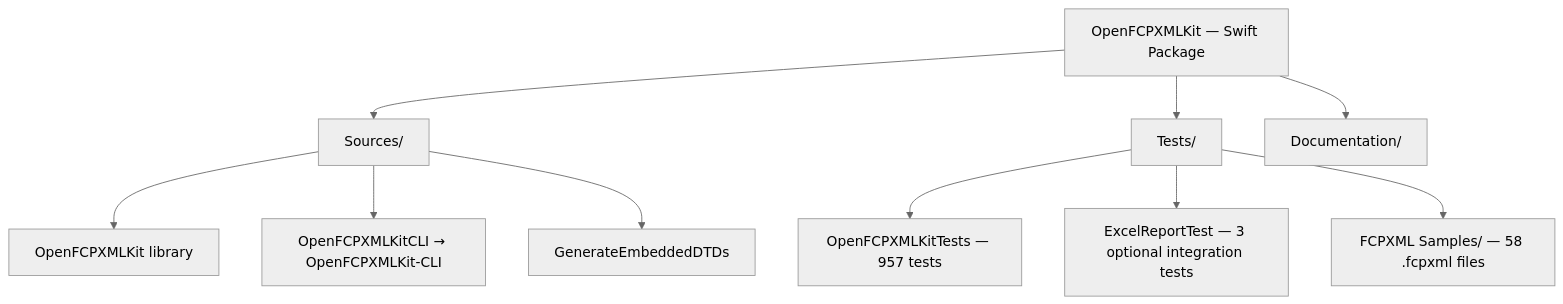
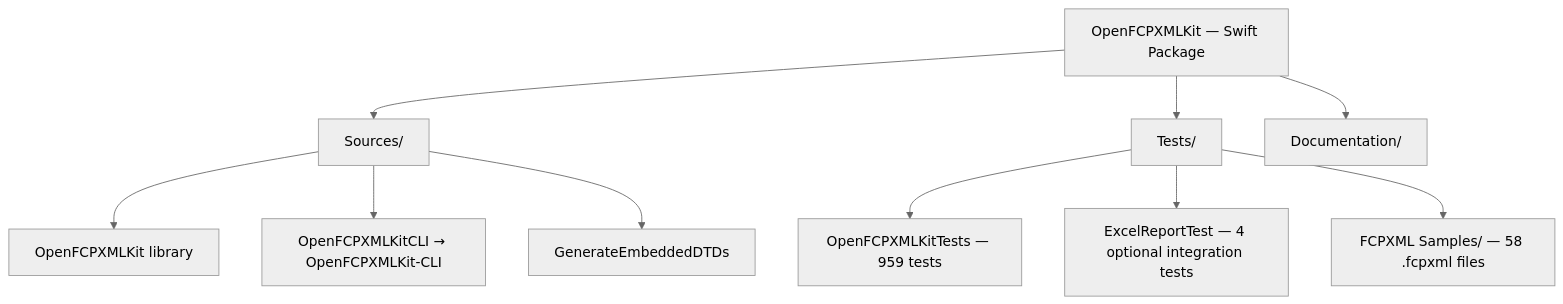
Before and after one commit to TheAcharya/OpenFCPXMLKit: the first of 4 diagrams in ARCHITECTURE.md, drawn with Mermaid (neutral theme). The commit also changed other lines of this file and 12 other files, not shown here.

````diff
--- a/ARCHITECTURE.md
+++ b/ARCHITECTURE.md
@@ -154,16 +155,16 @@
 ```mermaid
 flowchart TB
     Pkg["OpenFCPXMLKit — Swift Package"]
 
     Pkg --> SRC["Sources/"]
     Pkg --> TST["Tests/"]
     Pkg --> DOC["Documentation/"]
 
     SRC --> LIB["OpenFCPXMLKit library"]
     SRC --> CLI["OpenFCPXMLKitCLI → OpenFCPXMLKit-CLI"]
     SRC --> GEN["GenerateEmbeddedDTDs"]
 
-    TST --> OKT["OpenFCPXMLKitTests — 957 tests"]
-    TST --> ERT["ExcelReportTest — 3 optional integration tests"]
+    TST --> OKT["OpenFCPXMLKitTests — 959 tests"]
+    TST --> ERT["ExcelReportTest — 4 optional integration tests"]
     TST --> SMP["FCPXML Samples/ — 58 .fcpxml files"]
 ```
````
